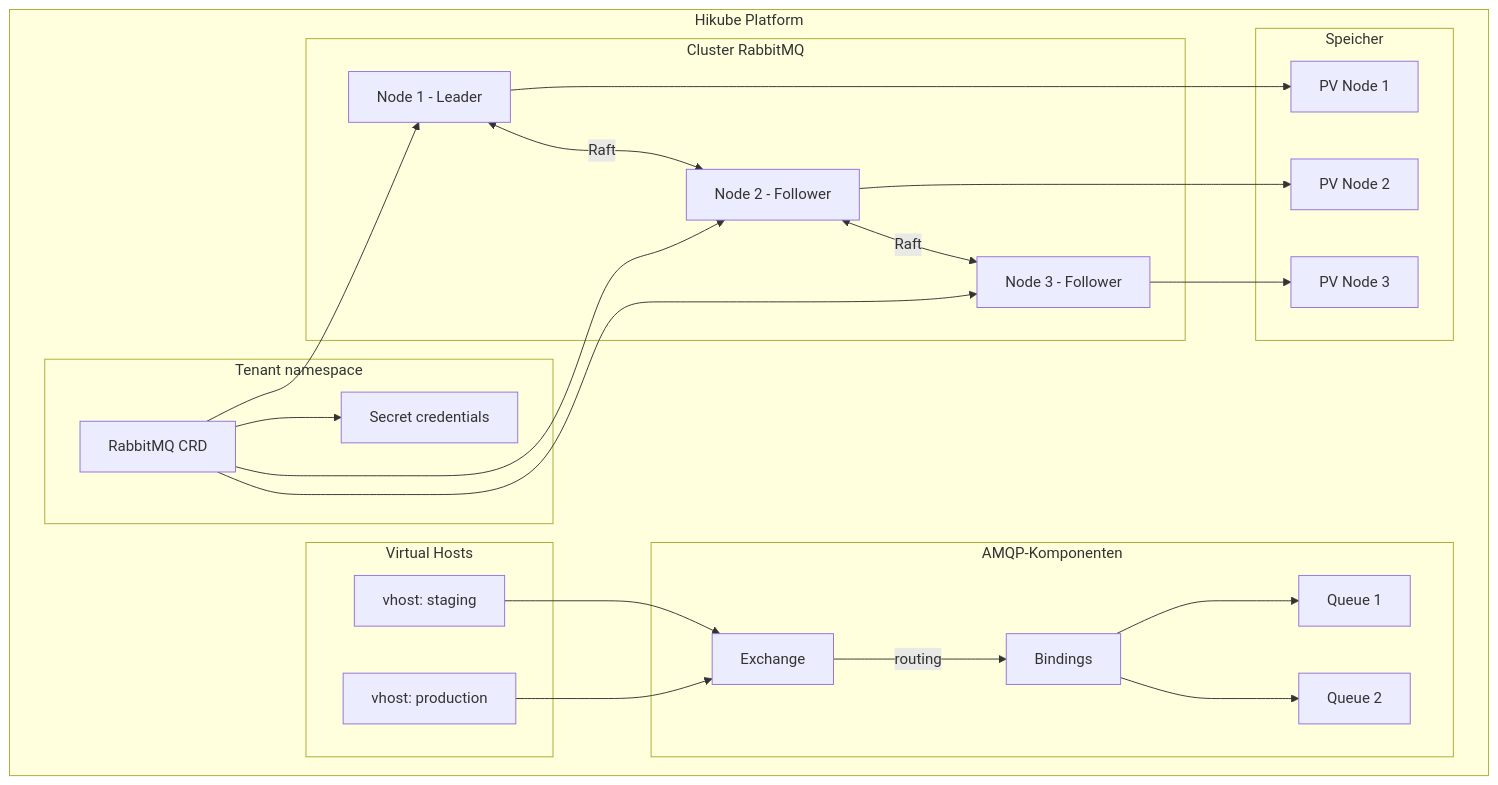
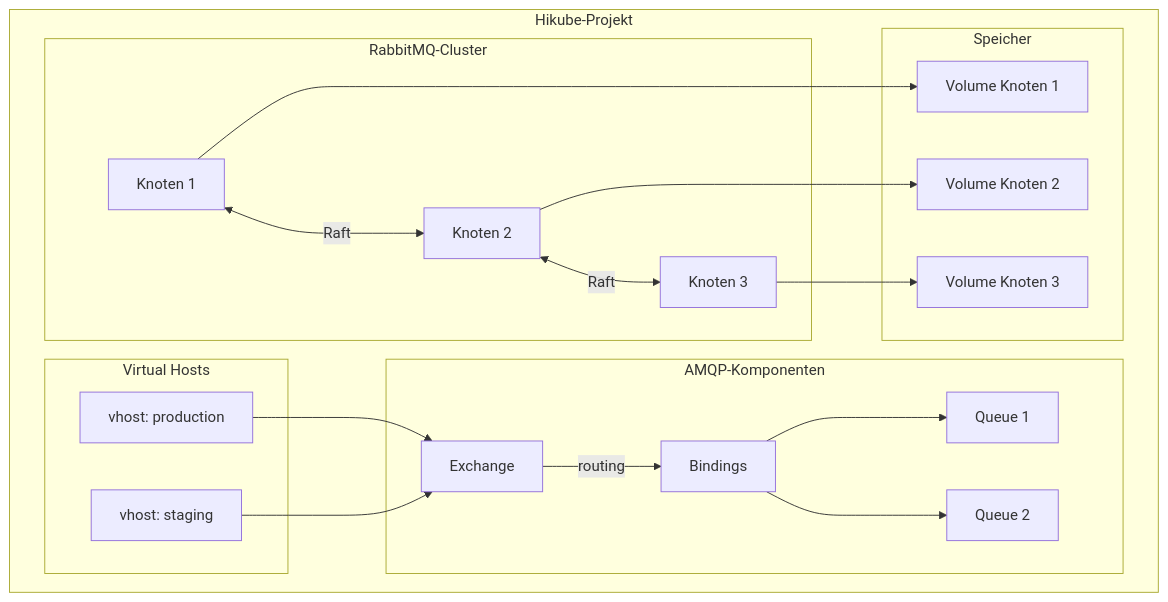
One commit to HidoraSwiss/hikube-public-doc changed the first of 3 diagrams in i18n/de/docusaurus-plugin-content-docs/current/services/messaging/rabbitmq/concepts.md. Above: the diagram before and after it, drawn with Mermaid. The commit also changed other lines of this file and 148 other files, not shown here.

````diff
--- a/i18n/de/docusaurus-plugin-content-docs/current/services/messaging/rabbitmq/concepts.md
+++ b/i18n/de/docusaurus-plugin-content-docs/current/services/messaging/rabbitmq/concepts.md
@@ -12,48 +12,39 @@
 ```mermaid
 graph TB
-    subgraph "Hikube Platform"
-        subgraph "Tenant namespace"
-            CR[RabbitMQ CRD]
-            SEC[Secret credentials]
+    subgraph "Hikube-Projekt"
+        subgraph "RabbitMQ-Cluster"
+            N1[Knoten 1]
+            N2[Knoten 2]
+            N3[Knoten 3]
         end
 
-        subgraph "Cluster RabbitMQ"
-            N1[Node 1 - Leader]
-            N2[Node 2 - Follower]
-            N3[Node 3 - Follower]
+        subgraph "Virtual Hosts"
+            VH1[vhost: production]
+            VH2[vhost: staging]
         end
 
         subgraph "AMQP-Komponenten"
             EX[Exchange]
             Q1[Queue 1]
             Q2[Queue 2]
             B[Bindings]
         end
 
         subgraph "Speicher"
-            PV1[PV Node 1]
-            PV2[PV Node 2]
-            PV3[PV Node 3]
-        end
-
-        subgraph "Virtual Hosts"
-            VH1[vhost: production]
-            VH2[vhost: staging]
+            PV1[Volume Knoten 1]
+            PV2[Volume Knoten 2]
+            PV3[Volume Knoten 3]
         end
     end
 
-    CR --> N1
-    CR --> N2
-    CR --> N3
     N1 <-->|Raft| N2
     N2 <-->|Raft| N3
     N1 --> PV1
     N2 --> PV2
     N3 --> PV3
+    VH1 --> EX
+    VH2 --> EX
     EX -->|routing| B
     B --> Q1
     B --> Q2
-    VH1 --> EX
-    VH2 --> EX
-    CR --> SEC
 ```
````
